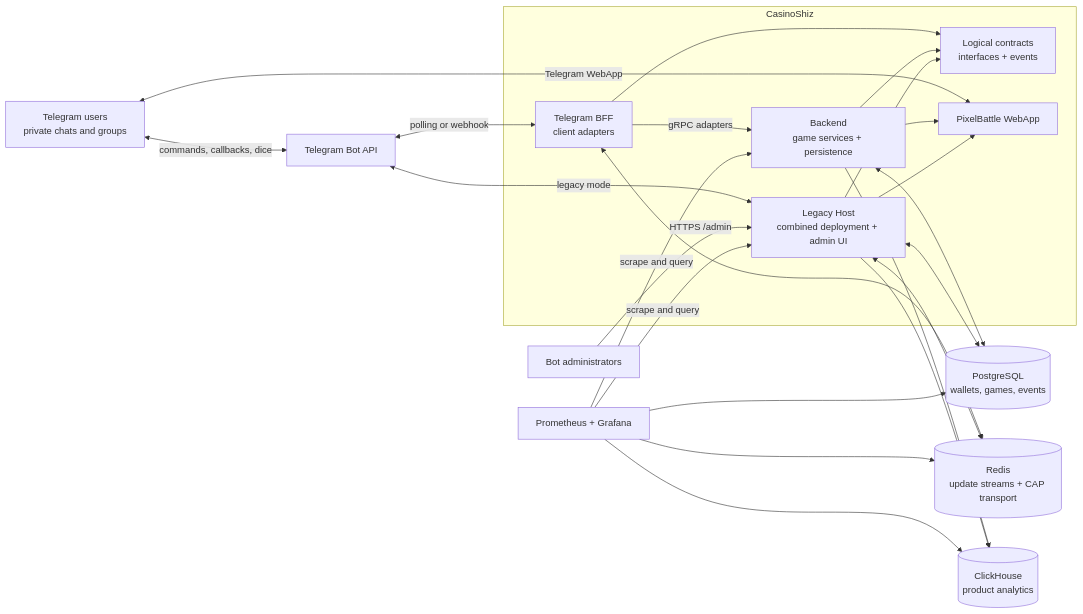
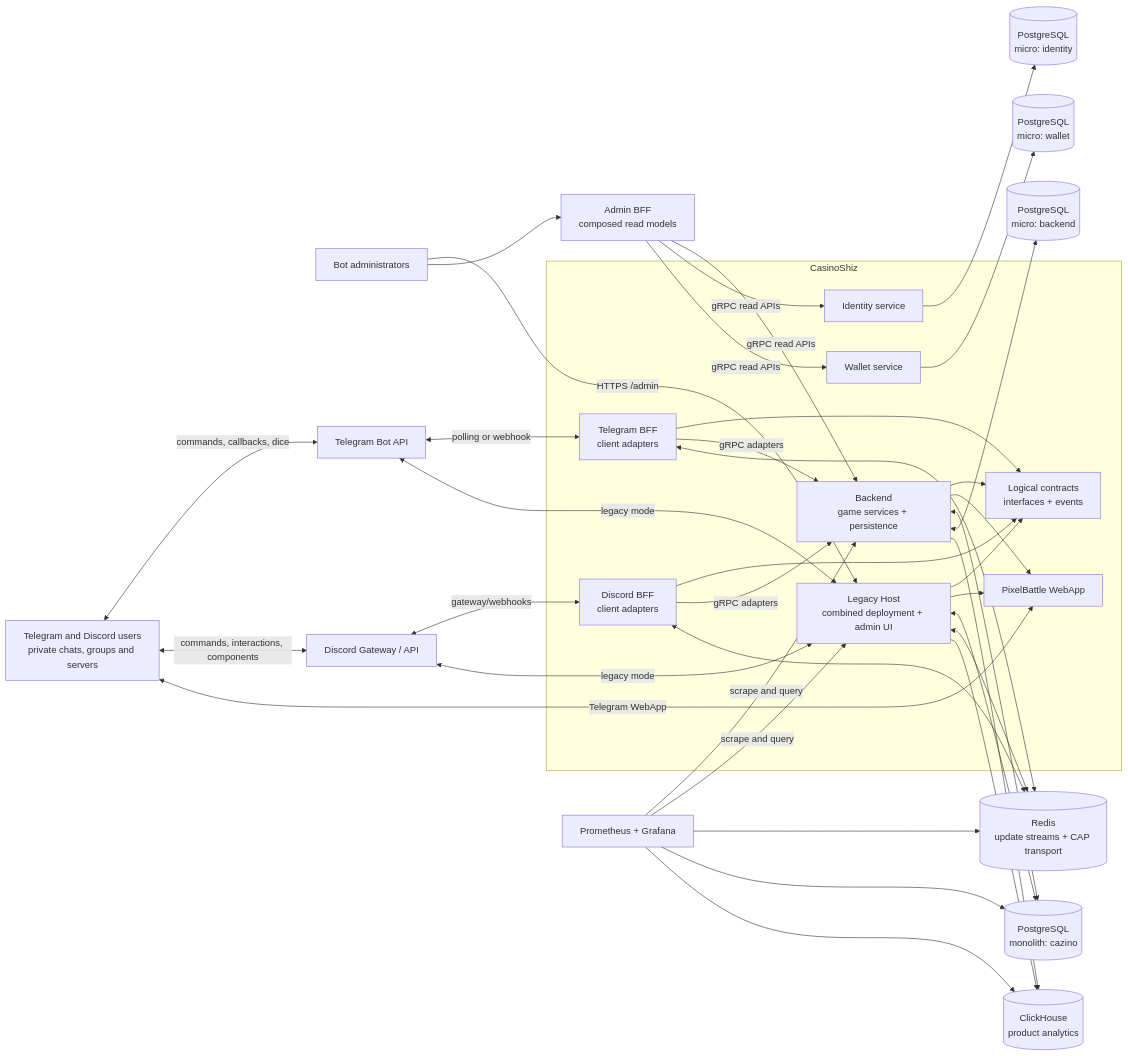
Before and after one commit to cpp20120/GameShiz: the first of 30 diagrams in docs/arch.md, drawn with Mermaid. The commit also changed other lines of this file and 182 other files, not shown here.

Commit message:
restore service and Discord changes

````diff
--- a/docs/arch.md
+++ b/docs/arch.md
@@ -36,43 +39,64 @@
 ```mermaid
 flowchart LR
-    player["Telegram users<br/>private chats and groups"]
+    player["Telegram and Discord users<br/>private chats, groups and servers"]
     admin["Bot administrators"]
     telegram["Telegram Bot API"]
+    discord["Discord Gateway / API"]
 
     subgraph system["CasinoShiz"]
-        bff["Telegram BFF<br/>client adapters"]
+        telegramBff["Telegram BFF<br/>client adapters"]
+        discordBff["Discord BFF<br/>client adapters"]
         backend["Backend<br/>game services + persistence"]
         legacy["Legacy Host<br/>combined deployment + admin UI"]
         contracts["Logical contracts<br/>interfaces + events"]
         webapp["PixelBattle WebApp"]
+        identity["Identity service"]
+        wallet["Wallet service"]
     end
 
-    postgres[("PostgreSQL<br/>wallets, games, events")]
+    postgres[("PostgreSQL<br/>monolith: cazino")]
+    backendpg[("PostgreSQL<br/>micro: backend")]
+    identitypg[("PostgreSQL<br/>micro: identity")]
+    walletpg[("PostgreSQL<br/>micro: wallet")]
+    aggregator["Admin BFF<br/>composed read models"]
     redis[("Redis<br/>update streams + CAP transport")]
     clickhouse[("ClickHouse<br/>product analytics")]
     monitoring["Prometheus + Grafana"]
 
     player <-->|"commands, callbacks, dice"| telegram
-    telegram <-->|"polling or webhook"| bff
+    player <-->|"commands, interactions, components"| discord
+    telegram <-->|"polling or webhook"| telegramBff
     telegram <-->|"legacy mode"| legacy
+    discord <-->|"gateway/webhooks"| discordBff
+    discord <-->|"legacy mode"| legacy
     player <-->|"Telegram WebApp"| webapp
     admin -->|"HTTPS /admin"| legacy
+    admin --> aggregator
 
-    bff --> contracts
+    telegramBff --> contracts
+    discordBff --> contracts
     backend --> contracts
     legacy --> contracts
-    bff -->|"gRPC adapters"| backend
+    telegramBff -->|"gRPC adapters"| backend
+    discordBff -->|"gRPC adapters"| backend
     backend --> webapp
     legacy --> webapp
     backend <--> postgres
     legacy <--> postgres
-    bff <--> redis
+    backend <--> backendpg
+    aggregator -->|"gRPC read APIs"| backend
+    aggregator -->|"gRPC read APIs"| identity
+    aggregator -->|"gRPC read APIs"| wallet
+    identity --> identitypg
+    wallet --> walletpg
+    telegramBff <--> redis
+    discordBff <--> redis
     legacy <--> redis
     backend --> clickhouse
     legacy --> clickhouse
     monitoring -->|"scrape and query"| backend
     monitoring -->|"scrape and query"| legacy
     monitoring --> redis
     monitoring --> postgres
     monitoring --> clickhouse
 ```
````
